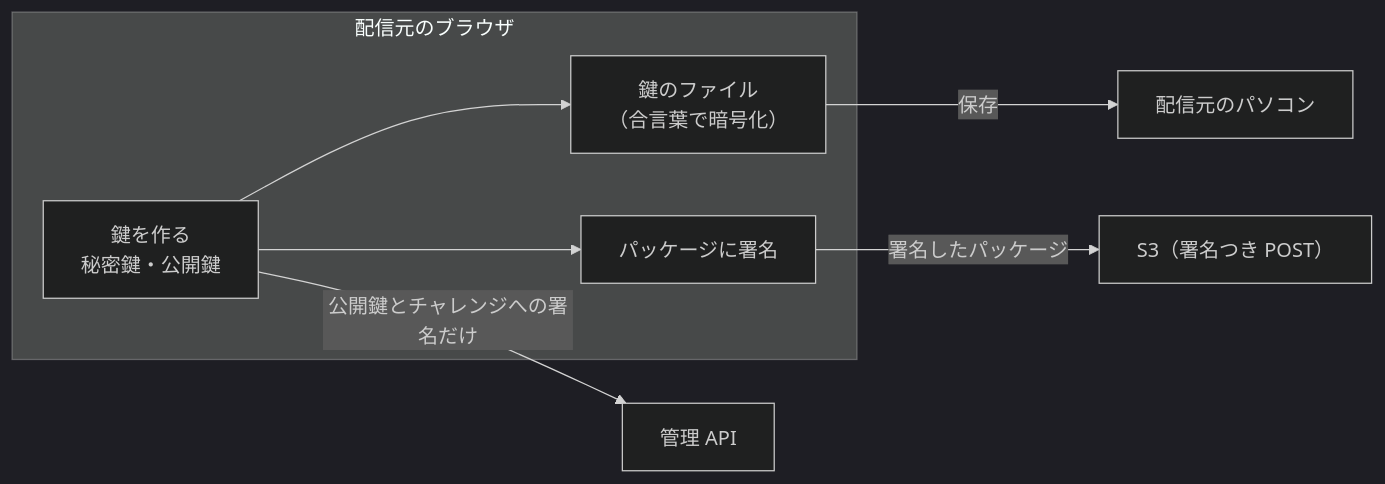
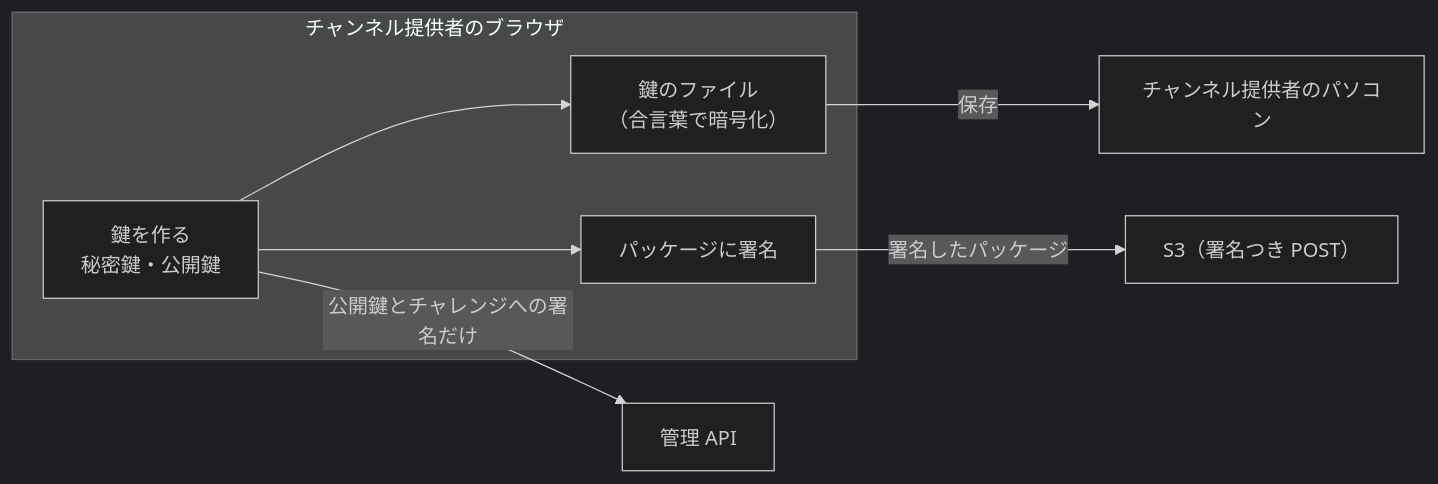
Before and after one commit to duwenji/yorisoi-tutorial: the first of 3 diagrams in 09-console/03-keys-in-browser.md, drawn with Mermaid (dark theme). The commit also changed other lines of this file and 62 other files, not shown here.

````diff
--- a/09-console/03-keys-in-browser.md
+++ b/09-console/03-keys-in-browser.md
@@ -29,10 +29,10 @@
 ```mermaid
 flowchart LR
-    subgraph B["配信元のブラウザ"]
+    subgraph B["チャンネル提供者のブラウザ"]
         K["鍵を作る<br/>秘密鍵・公開鍵"] --> F["鍵のファイル<br/>（合言葉で暗号化）"]
         K --> S["パッケージに署名"]
     end
-    F -->|"保存"| D["配信元のパソコン"]
+    F -->|"保存"| D["チャンネル提供者のパソコン"]
     K -->|"公開鍵とチャレンジへの署名だけ"| API["管理 API"]
     S -->|"署名したパッケージ"| S3["S3（署名つき POST）"]
 ```
````
